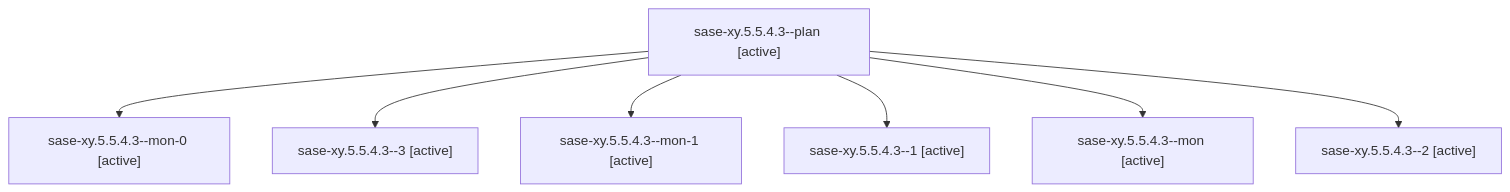
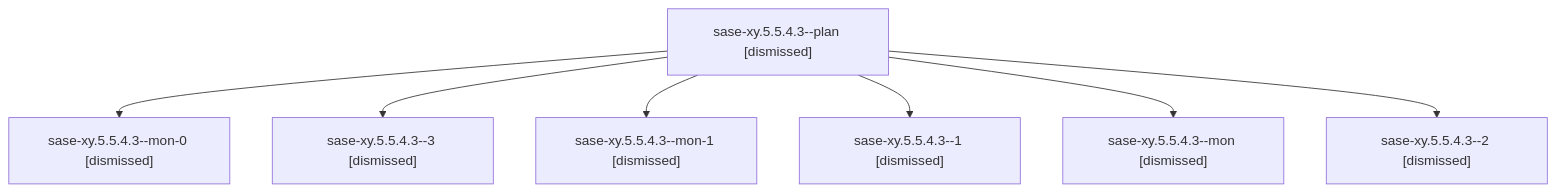
One commit to sase-org/sase--agents changed the diagram in sessions/bbugyi200.athena.sase-xy.5.5.4.3.md. Above: the diagram before and after it, drawn with Mermaid. The commit also changed other lines of this file and 206 other files, not shown here.

````diff
--- a/sessions/bbugyi200.athena.sase-xy.5.5.4.3.md
+++ b/sessions/bbugyi200.athena.sase-xy.5.5.4.3.md
@@ -9,16 +9,16 @@
 ```mermaid
 flowchart TD
-  n0["sase-xy.5.5.4.3--plan [active]"]
-  n1["sase-xy.5.5.4.3--mon-0 [active]"]
+  n0["sase-xy.5.5.4.3--plan [dismissed]"]
+  n1["sase-xy.5.5.4.3--mon-0 [dismissed]"]
   n0 --> n1
-  n2["sase-xy.5.5.4.3--3 [active]"]
+  n2["sase-xy.5.5.4.3--3 [dismissed]"]
   n0 --> n2
-  n3["sase-xy.5.5.4.3--mon-1 [active]"]
+  n3["sase-xy.5.5.4.3--mon-1 [dismissed]"]
   n0 --> n3
-  n4["sase-xy.5.5.4.3--1 [active]"]
+  n4["sase-xy.5.5.4.3--1 [dismissed]"]
   n0 --> n4
-  n5["sase-xy.5.5.4.3--mon [active]"]
+  n5["sase-xy.5.5.4.3--mon [dismissed]"]
   n0 --> n5
-  n6["sase-xy.5.5.4.3--2 [active]"]
+  n6["sase-xy.5.5.4.3--2 [dismissed]"]
   n0 --> n6
 ```
````
